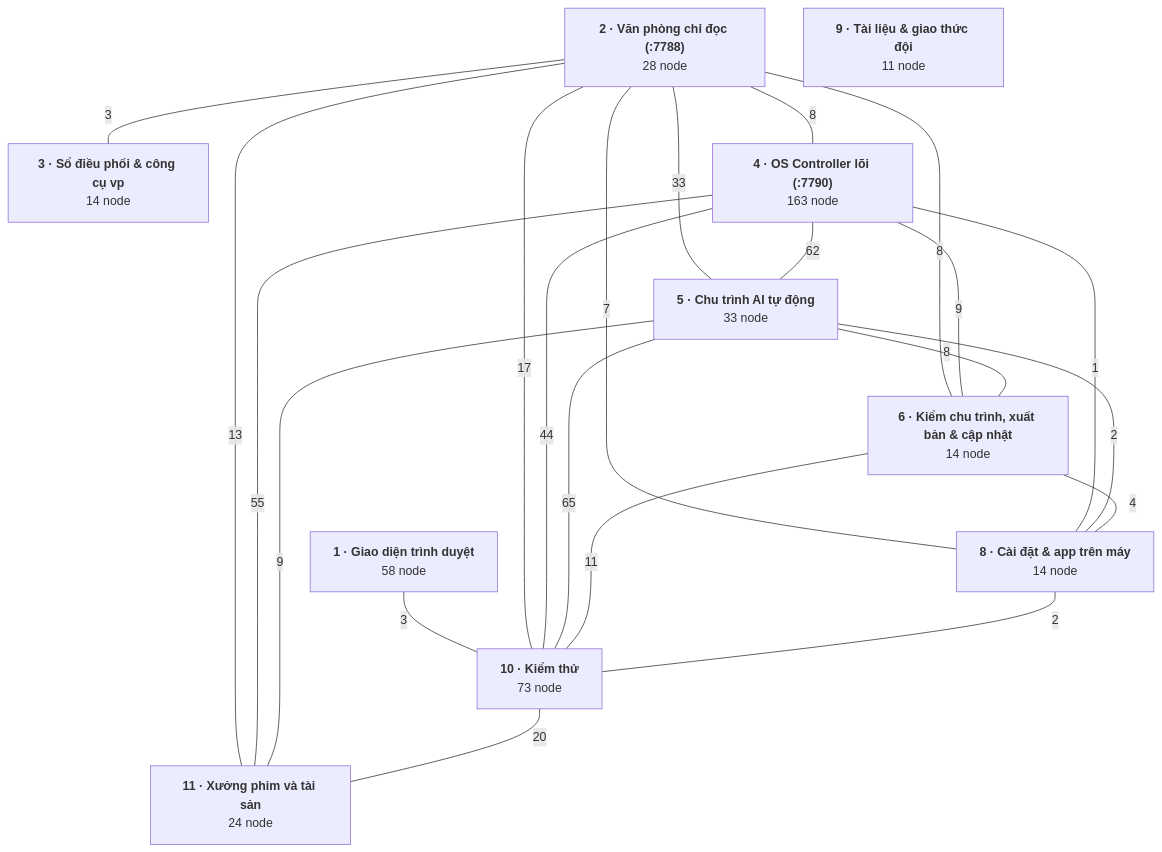
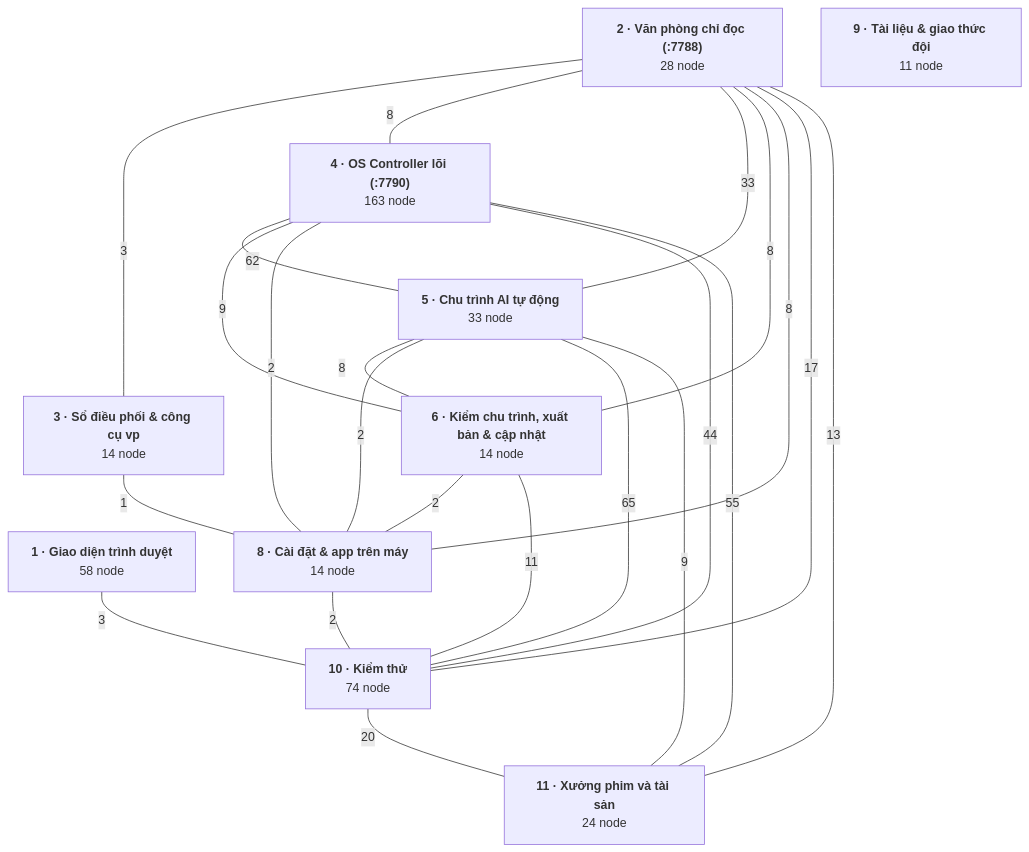
Diagram 12 of 12 in docs/BAN-DO-HE-THONG.md (Thequancute215-sys/V-n-ph-ng-ch-nh-ph-), drawn with Mermaid before and after one commit. The commit also changed other lines of this file and 7 other files, not shown here.

````diff
--- a/docs/BAN-DO-HE-THONG.md
+++ b/docs/BAN-DO-HE-THONG.md
@@ -2211,34 +2211,35 @@
 ```mermaid
 flowchart TD
   layer_01_giao_dien["<b>1 · Giao diện trình duyệt</b><br/>58 node"]
   layer_02_van_phong["<b>2 · Văn phòng chỉ đọc (:7788)</b><br/>28 node"]
   layer_03_so_dieu_phoi["<b>3 · Sổ điều phối & công cụ vp</b><br/>14 node"]
   layer_04_os_controller["<b>4 · OS Controller lõi (:7790)</b><br/>163 node"]
   layer_05_chu_trinh_ai["<b>5 · Chu trình AI tự động</b><br/>33 node"]
   layer_06_chat_luong_phat_hanh["<b>6 · Kiểm chu trình, xuất bản & cập nhật</b><br/>14 node"]
   layer_08_cai_dat_app["<b>8 · Cài đặt & app trên máy</b><br/>14 node"]
   layer_09_tai_lieu["<b>9 · Tài liệu & giao thức đội</b><br/>11 node"]
-  layer_10_kiem_thu["<b>10 · Kiểm thử</b><br/>73 node"]
+  layer_10_kiem_thu["<b>10 · Kiểm thử</b><br/>74 node"]
   layer_11_xuong_phim["<b>11 · Xưởng phim và tài sản</b><br/>24 node"]
   layer_01_giao_dien ---|3| layer_10_kiem_thu
   layer_02_van_phong ---|3| layer_03_so_dieu_phoi
   layer_02_van_phong ---|8| layer_04_os_controller
   layer_02_van_phong ---|33| layer_05_chu_trinh_ai
   layer_02_van_phong ---|8| layer_06_chat_luong_phat_hanh
-  layer_02_van_phong ---|7| layer_08_cai_dat_app
+  layer_02_van_phong ---|8| layer_08_cai_dat_app
   layer_02_van_phong ---|17| layer_10_kiem_thu
   layer_02_van_phong ---|13| layer_11_xuong_phim
+  layer_03_so_dieu_phoi ---|1| layer_08_cai_dat_app
   layer_04_os_controller ---|62| layer_05_chu_trinh_ai
   layer_04_os_controller ---|9| layer_06_chat_luong_phat_hanh
-  layer_04_os_controller ---|1| layer_08_cai_dat_app
+  layer_04_os_controller ---|2| layer_08_cai_dat_app
   layer_04_os_controller ---|44| layer_10_kiem_thu
   layer_04_os_controller ---|55| layer_11_xuong_phim
   layer_05_chu_trinh_ai ---|8| layer_06_chat_luong_phat_hanh
   layer_05_chu_trinh_ai ---|2| layer_08_cai_dat_app
   layer_05_chu_trinh_ai ---|65| layer_10_kiem_thu
   layer_05_chu_trinh_ai ---|9| layer_11_xuong_phim
-  layer_06_chat_luong_phat_hanh ---|4| layer_08_cai_dat_app
+  layer_06_chat_luong_phat_hanh ---|2| layer_08_cai_dat_app
   layer_06_chat_luong_phat_hanh ---|11| layer_10_kiem_thu
   layer_08_cai_dat_app ---|2| layer_10_kiem_thu
   layer_10_kiem_thu ---|20| layer_11_xuong_phim
 ```
````
